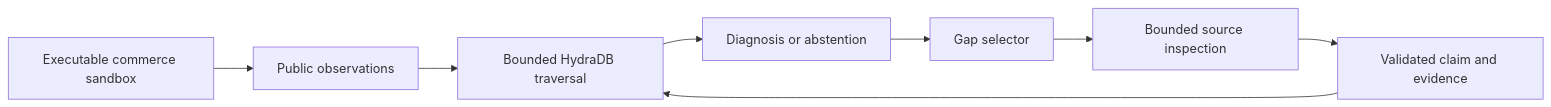
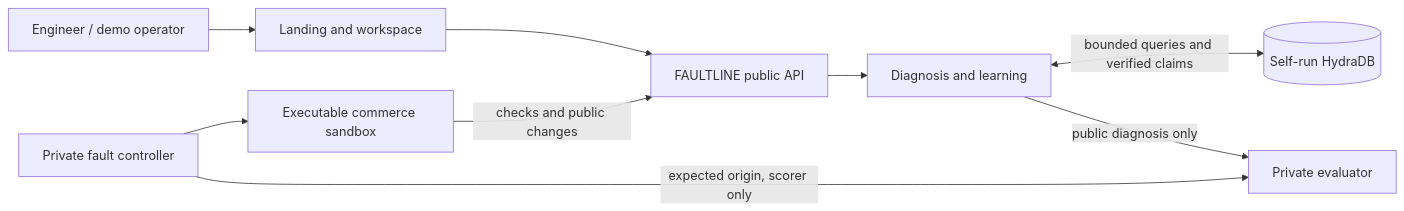
Before and after one commit to ParthMalhotra07/Faultline: the first of 4 diagrams in README.md, drawn with Mermaid. The commit also changed other lines of this file and 3 other files, not shown here.

Commit message:
Explain FAULTLINE architecture from product to graph traversal

````diff
--- a/README.md
+++ b/README.md
@@ -34,10 +67,11 @@
 ```mermaid
 flowchart LR
-    A[Executable commerce sandbox] --> B[Public observations]
-    B --> C[Bounded HydraDB traversal]
-    C --> D[Diagnosis or abstention]
-    D --> E[Gap selector]
-    E --> F[Bounded source inspection]
-    F --> G[Validated claim and evidence]
-    G --> C
+    Human[Engineer / demo operator] --> UI[Landing and workspace]
+    UI --> API[FAULTLINE public API]
+    Sandbox[Executable commerce sandbox] -->|checks and public changes| API
+    API --> Core[Diagnosis and learning]
+    Core <-->|bounded queries and verified claims| Hydra[(Self-run HydraDB)]
+    Controller[Private fault controller] --> Sandbox
+    Controller -->|expected origin, scorer only| Eval[Private evaluator]
+    Core -->|public diagnosis only| Eval
 ```
````
